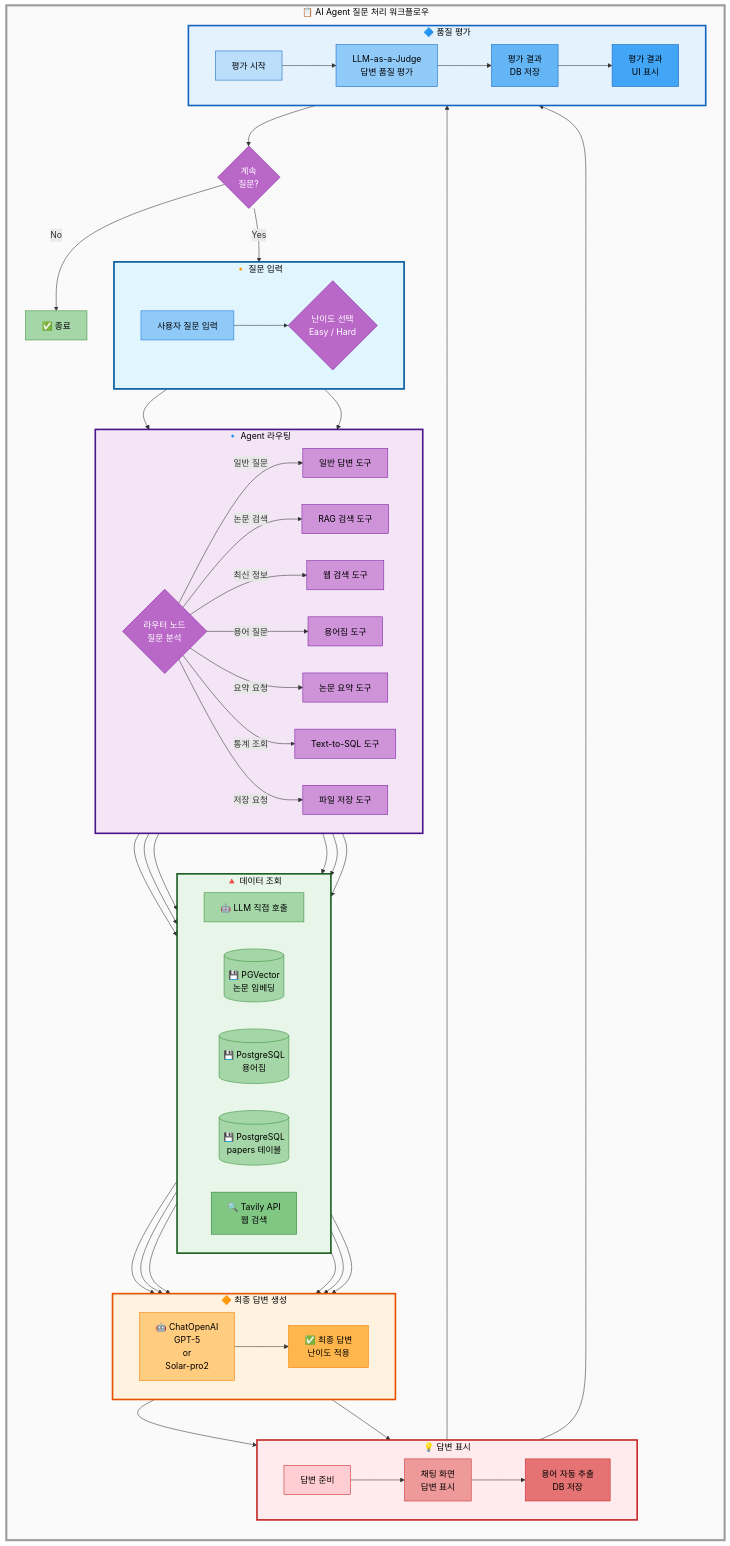
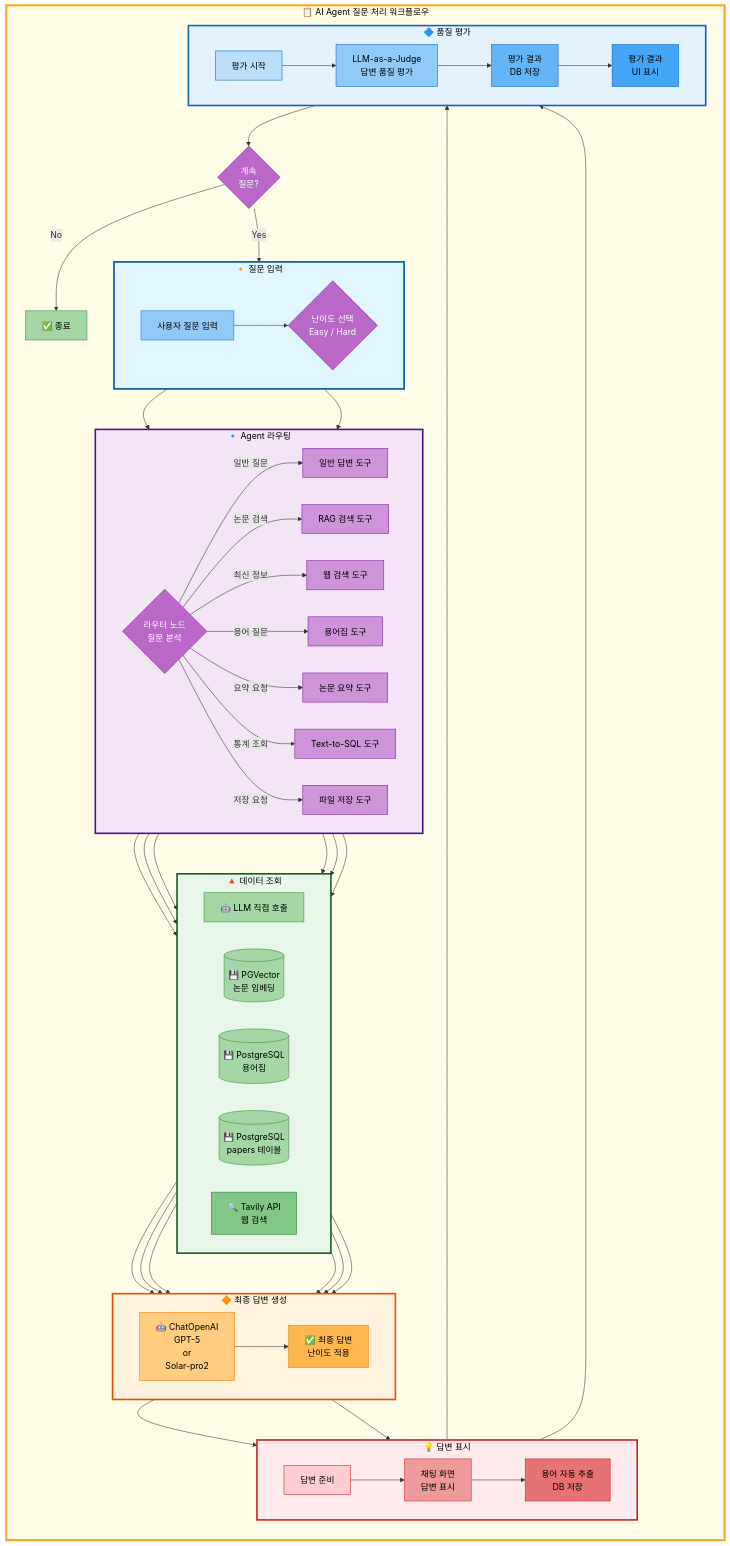
Before and after one commit to AIBootcamp14/langchainproject-new-langchainproject_5: the second of 3 diagrams in docs/modularization/01_프로젝트_구조.md, drawn with Mermaid.

Commit message:
docs: 워크플로우 다이어그램 배경색을 노랑 계열로 변경
- 배경색: #fffde7 (옅은 노랑)
- 테두리: #f9a825 (진한 노랑)
- 시각적 강조 효과 개선

```diff
--- a/docs/modularization/01_프로젝트_구조.md
+++ b/docs/modularization/01_프로젝트_구조.md
@@ -182,7 +182,7 @@
     end
 
     %% 메인 워크플로우 배경
-    style MainFlow fill:#fafafa,stroke:#9e9e9e,stroke-width:4px,color:#000
+    style MainFlow fill:#fffde7,stroke:#f9a825,stroke-width:4px,color:#000
 
     %% Subgraph 스타일
     style Input fill:#e1f5ff,stroke:#01579b,stroke-width:3px,color:#000
```
